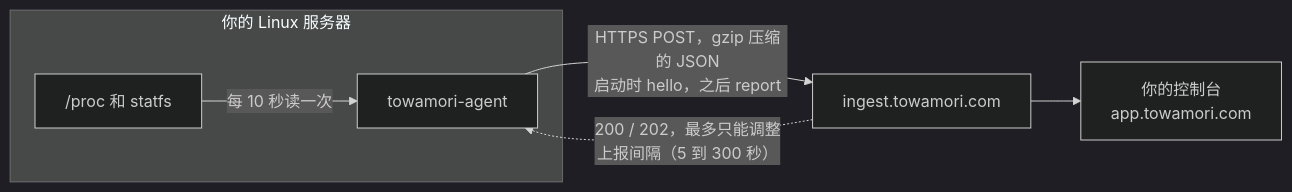
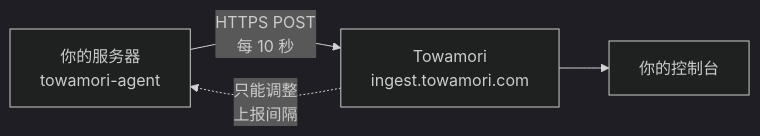
The diagram in README.zh-CN.md (A1oneSKy/towamori), drawn with Mermaid (dark theme) before and after one commit. The commit also changed 3 other files, not shown here.

Commit message:
docs(Towamori Agent): 流程图精简成三个节点，窄屏下也看得清

````diff
--- a/README.zh-CN.md
+++ b/README.zh-CN.md
@@ -53,9 +53,6 @@
 ```mermaid
 flowchart LR
-  subgraph host["你的 Linux 服务器"]
-    proc["/proc 和 statfs"] -->|每 10 秒读一次| agent["towamori-agent"]
-  end
-  agent -->|"HTTPS POST，gzip 压缩的 JSON<br/>启动时 hello，之后 report"| ingest["ingest.towamori.com"]
-  ingest -.->|"200 / 202，最多只能调整<br/>上报间隔（5 到 300 秒）"| agent
-  ingest --> app["你的控制台<br/>app.towamori.com"]
+  A["你的服务器<br/>towamori-agent"] -->|"HTTPS POST<br/>每 10 秒"| B["Towamori<br/>ingest.towamori.com"]
+  B -.->|"只能调整<br/>上报间隔"| A
+  B --> C["你的控制台"]
 ```
````
